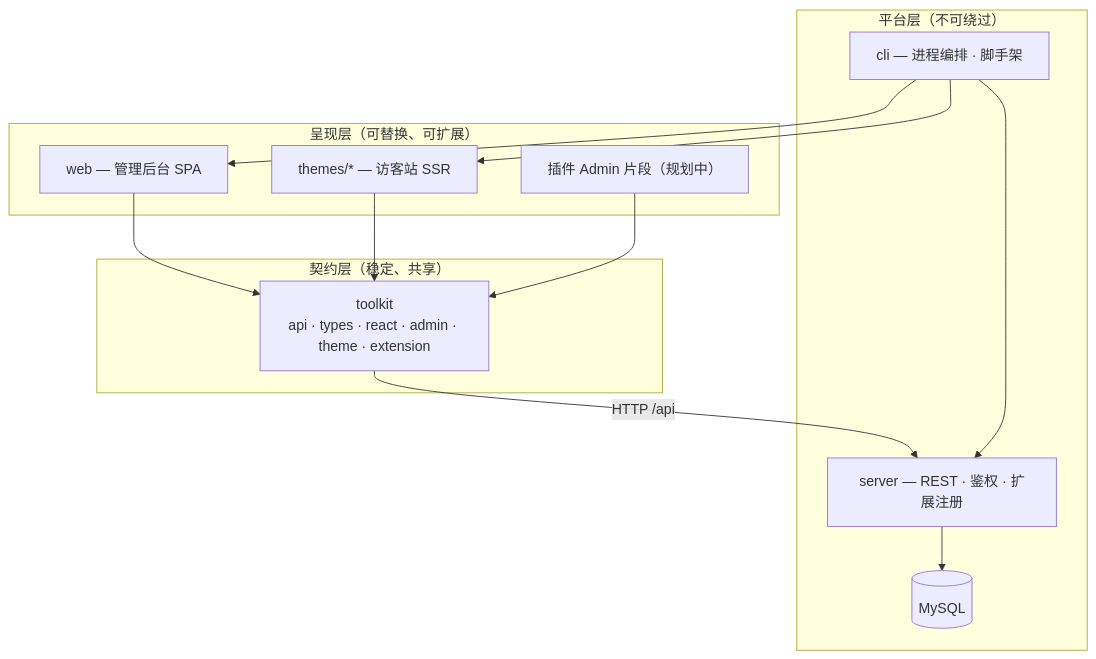
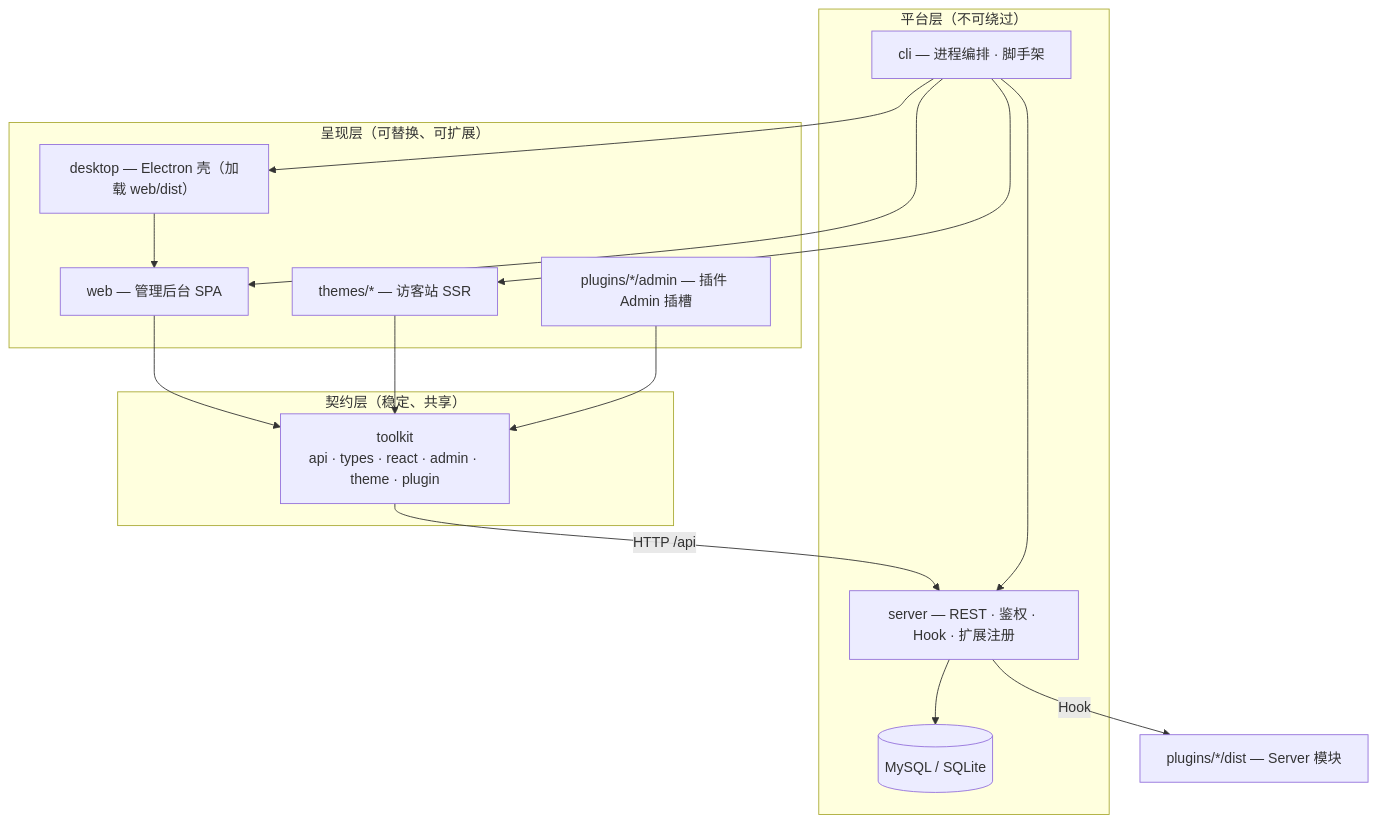
The first of 4 diagrams in ARCHITECTURE.md (fecommunity/reactpress), drawn with Mermaid before and after one commit. The commit also changed other lines of this file and 13 other files, not shown here.

First line of the commit message:
feat: release ReactPress 4.0 with plugin system and desktop client

````diff
--- a/ARCHITECTURE.md
+++ b/ARCHITECTURE.md
@@ -31,27 +33,31 @@
 ```mermaid
 flowchart TB
   subgraph Presentation["呈现层（可替换、可扩展）"]
     Web["web — 管理后台 SPA"]
+    Desktop["desktop — Electron 壳（加载 web/dist）"]
     Theme["themes/* — 访客站 SSR"]
-    PluginUI["插件 Admin 片段（规划中）"]
+    PluginUI["plugins/*/admin — 插件 Admin 插槽"]
   end
 
   subgraph Contract["契约层（稳定、共享）"]
-    Toolkit["toolkit<br/>api · types · react · admin · theme · extension"]
+    Toolkit["toolkit<br/>api · types · react · admin · theme · plugin"]
   end
 
   subgraph Platform["平台层（不可绕过）"]
-    Server["server — REST · 鉴权 · 扩展注册"]
+    Server["server — REST · 鉴权 · Hook · 扩展注册"]
     CLI["cli — 进程编排 · 脚手架"]
-    DB[(MySQL)]
+    DB[(MySQL / SQLite)]
   end
 
   Web --> Toolkit
+  Desktop --> Web
   Theme --> Toolkit
   PluginUI --> Toolkit
   Toolkit -->|HTTP /api| Server
+  Server -->|Hook| PluginServer["plugins/*/dist — Server 模块"]
   Server --> DB
   CLI --> Web
   CLI --> Theme
   CLI --> Server
+  CLI --> Desktop
 ```
````
